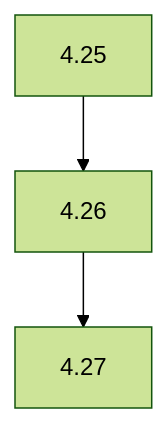
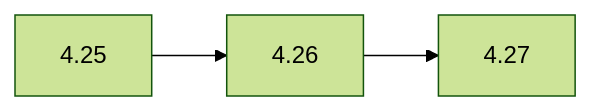
One commit to dstrebul-sym/symverse-test changed the diagram in README.md. Above: the diagram before and after it, drawn with Mermaid (forest theme).

````diff
--- a/README.md
+++ b/README.md
@@ -1,5 +1,5 @@
 ```mermaid
-graph TD;
-  4.25-->4.26-->4.27;
- 
+graph LR;
+4.25-->4.26;
+4.26-->4.27;
 ```
````
